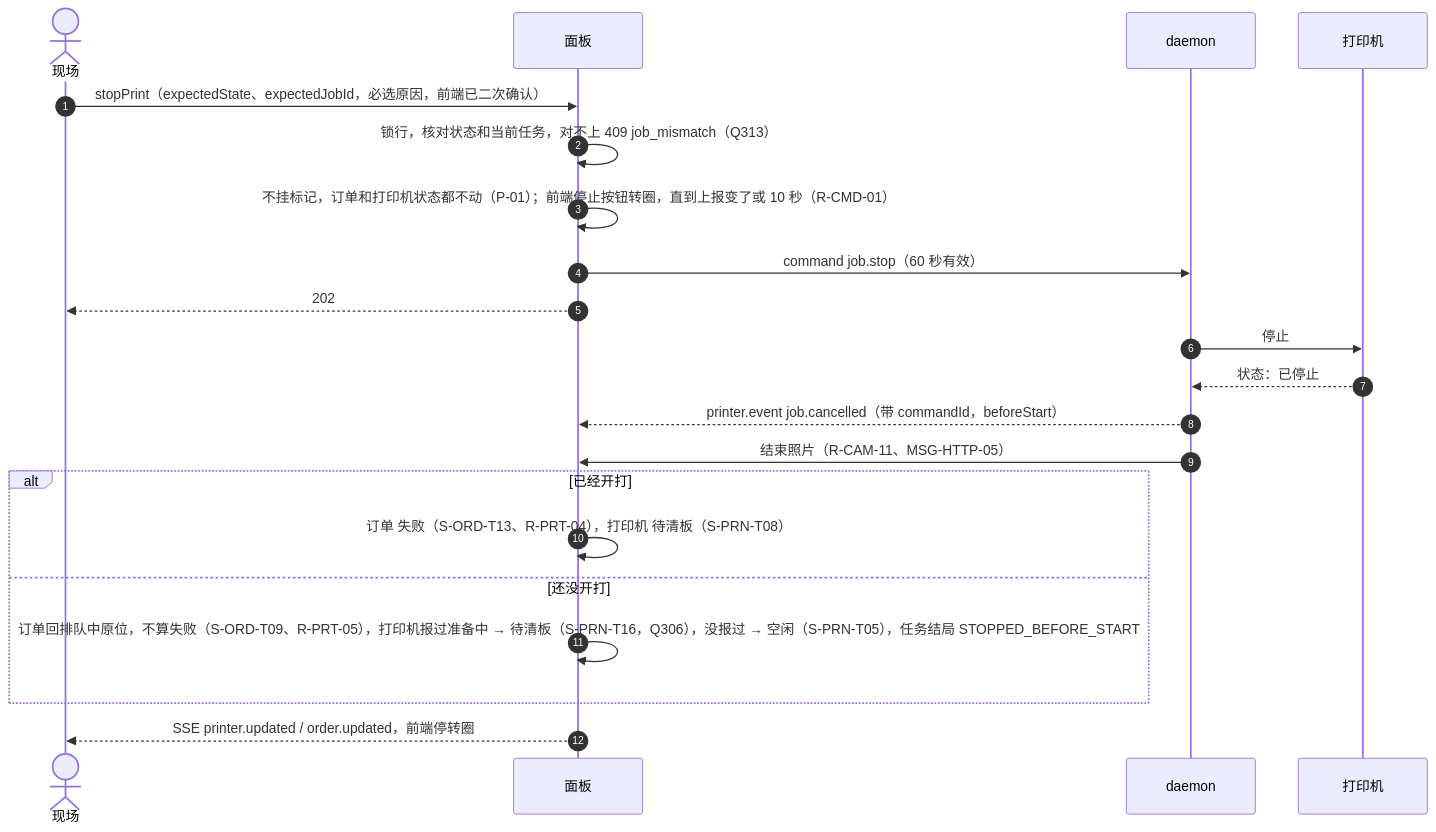
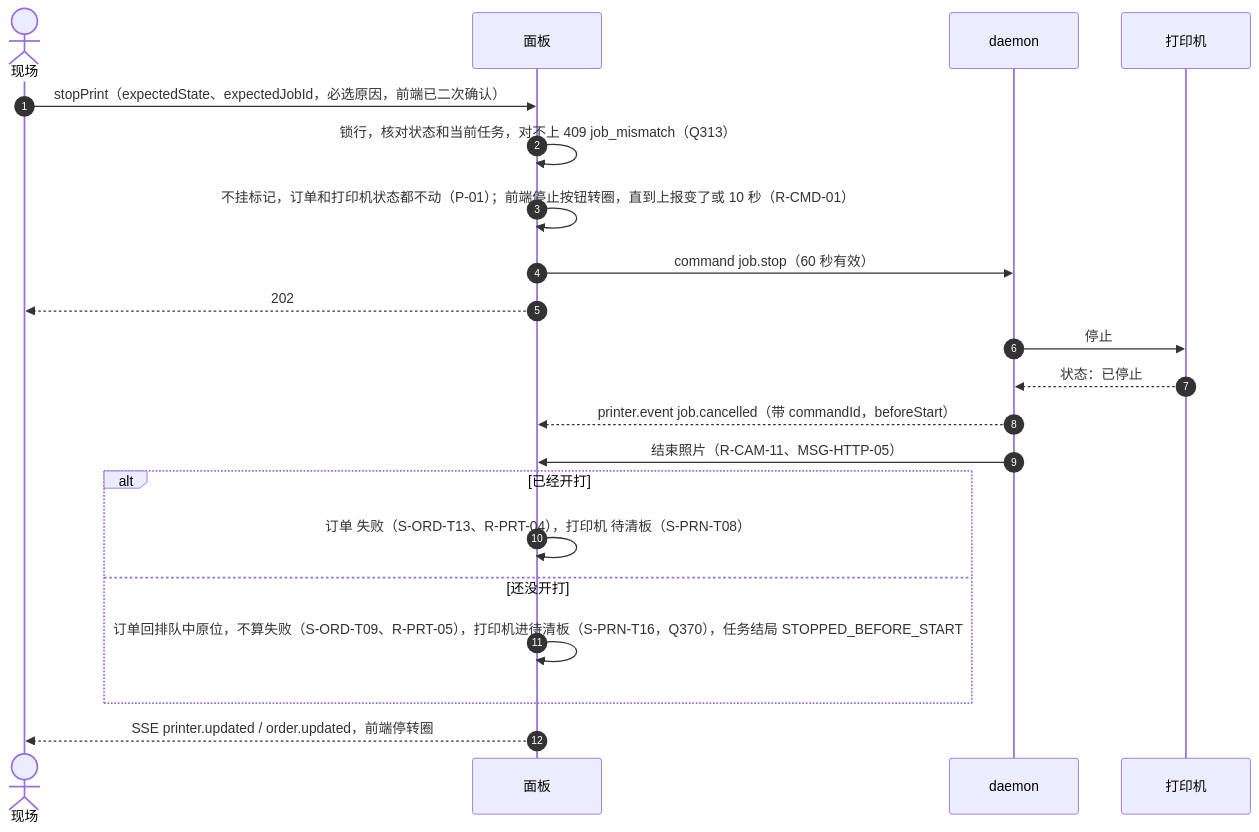
Before and after one commit to PlateRelay/PlateRelay: the fourth of 11 diagrams in docs/design/03-sequences.md, drawn with Mermaid. The commit also changed other lines of this file and 5 other files, not shown here.

````diff
--- a/docs/design/03-sequences.md
+++ b/docs/design/03-sequences.md
@@ -163,23 +163,23 @@
 ```mermaid
 sequenceDiagram
   autonumber
   actor S as 现场
   participant P as 面板
   participant D as daemon
   participant R as 打印机
   S->>P: stopPrint（expectedState、expectedJobId，必选原因，前端已二次确认）
   P->>P: 锁行，核对状态和当前任务，对不上 409 job_mismatch（Q313）
   P->>P: 不挂标记，订单和打印机状态都不动（P-01）；前端停止按钮转圈，直到上报变了或 10 秒（R-CMD-01）
   P->>D: command job.stop（60 秒有效）
   P-->>S: 202
   D->>R: 停止
   R-->>D: 状态：已停止
   D-->>P: printer.event job.cancelled（带 commandId，beforeStart）
   D->>P: 结束照片（R-CAM-11、MSG-HTTP-05）
   alt 已经开打
     P->>P: 订单 失败（S-ORD-T13、R-PRT-04），打印机 待清板（S-PRN-T08）
   else 还没开打
-    P->>P: 订单回排队中原位，不算失败（S-ORD-T09、R-PRT-05），打印机报过准备中 → 待清板（S-PRN-T16，Q306），没报过 → 空闲（S-PRN-T05），任务结局 STOPPED_BEFORE_START
+    P->>P: 订单回排队中原位，不算失败（S-ORD-T09、R-PRT-05），打印机进待清板（S-PRN-T16，Q370），任务结局 STOPPED_BEFORE_START
   end
   P-->>S: SSE printer.updated / order.updated，前端停转圈
 ```
````
